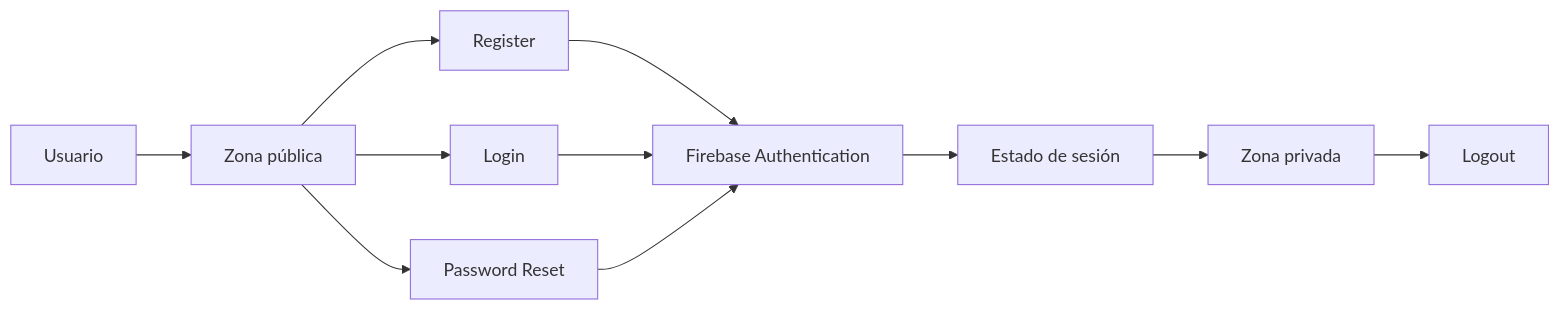
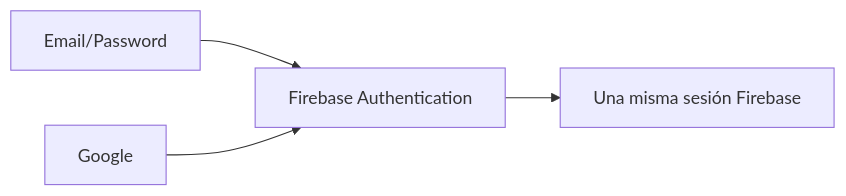
Before and after one commit to cmartinezs/DSY1107-DESARROLLO-CLOUD-NATIVE-I-2026-2: the third of 5 diagrams in semanas/semana-04/DSY1107-003D.md, drawn with Mermaid. The commit also changed other lines of this file, not shown here.

````diff
--- a/semanas/semana-04/DSY1107-003D.md
+++ b/semanas/semana-04/DSY1107-003D.md
@@ -114,13 +110,6 @@
 ```mermaid
 flowchart LR
-    U[Usuario] --> PUB[Zona pública]
-    PUB --> REG[Register]
-    PUB --> LOG[Login]
-    PUB --> RESET[Password Reset]
-    REG --> FA[Firebase Authentication]
-    LOG --> FA
-    RESET --> FA
-    FA --> SESSION[Estado de sesión]
-    SESSION --> PRIV[Zona privada]
-    PRIV --> OUT[Logout]
+    EP[Email/Password] --> FA[Firebase Authentication]
+    G[Google] --> FA
+    FA --> S[Una misma sesión Firebase]
 ```
````
